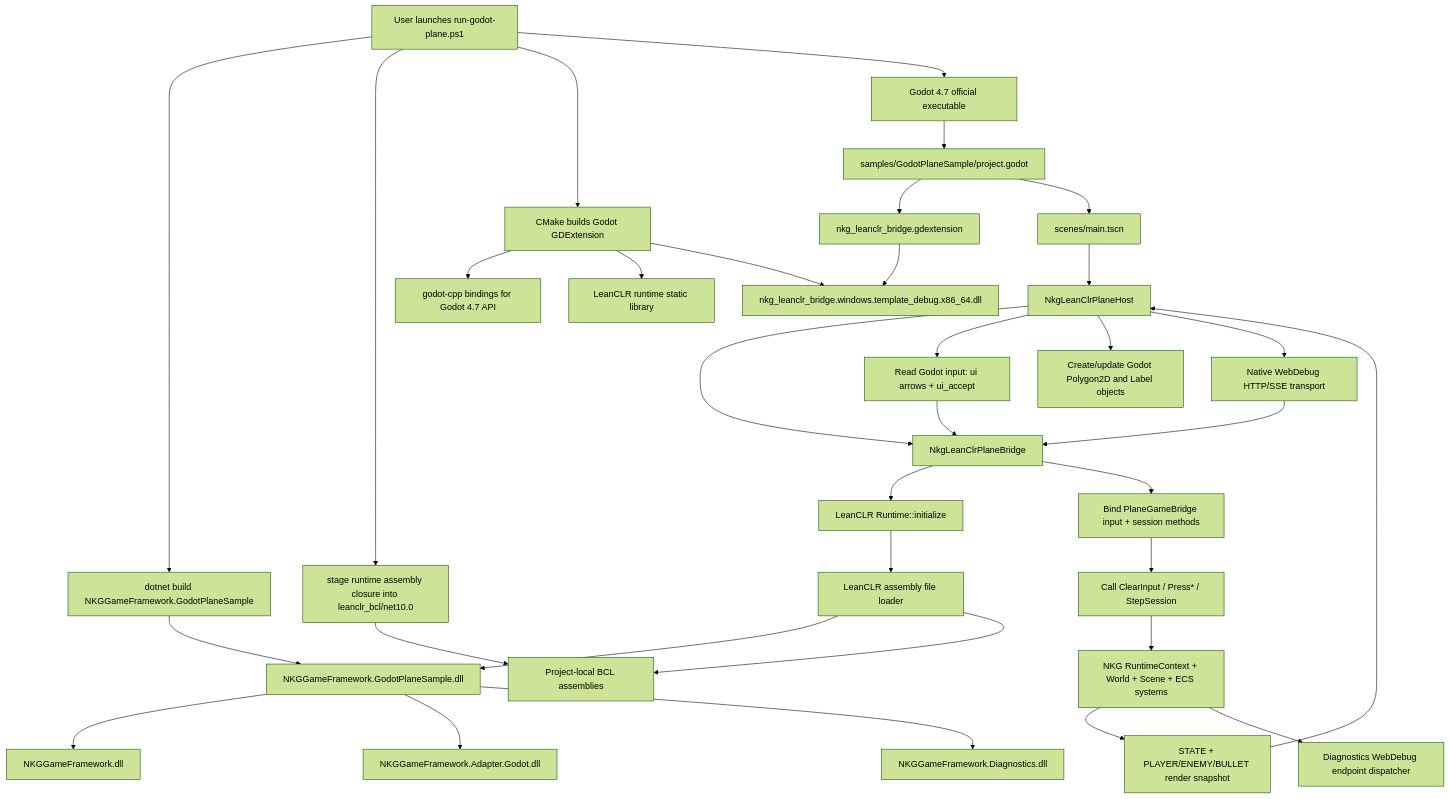
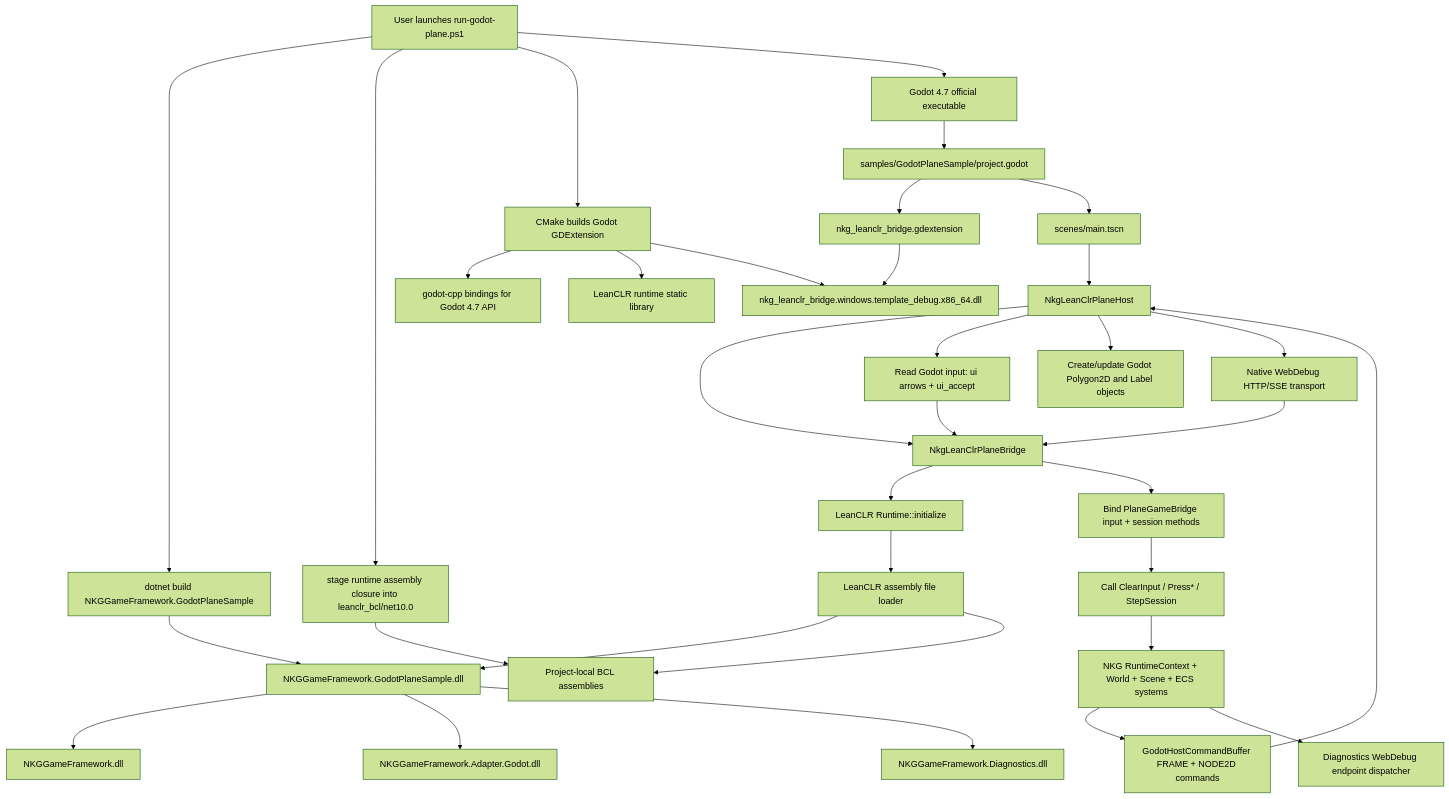
One commit to wqaetly/NKGGameFramework changed the first of 3 diagrams in docs/godot-leanclr-runtime-structure.md. Above: the diagram before and after it, drawn with Mermaid (forest theme). The commit also changed other lines of this file and 7 other files, not shown here.

First line of the commit message:
沉淀 Godot host 命令缓冲

````diff
--- a/docs/godot-leanclr-runtime-structure.md
+++ b/docs/godot-leanclr-runtime-structure.md
@@ -56,39 +56,39 @@
 ```mermaid
 flowchart TD
     User["User launches run-godot-plane.ps1"] --> BuildManaged["dotnet build NKGGameFramework.GodotPlaneSample"]
     User --> StageBcl["stage runtime assembly closure into leanclr_bcl/net10.0"]
     User --> BuildNative["CMake builds Godot GDExtension"]
     BuildNative --> GodotCpp["godot-cpp bindings for Godot 4.7 API"]
     BuildNative --> LeanClrLib["LeanCLR runtime static library"]
     BuildNative --> BridgeDll["nkg_leanclr_bridge.windows.template_debug.x86_64.dll"]
 
     BuildManaged --> ManagedDll["NKGGameFramework.GodotPlaneSample.dll"]
     ManagedDll --> CoreDll["NKGGameFramework.dll"]
     ManagedDll --> GodotContracts["NKGGameFramework.Adapter.Godot.dll"]
     ManagedDll --> DiagnosticsDll["NKGGameFramework.Diagnostics.dll"]
 
     User --> GodotExe["Godot 4.7 official executable"]
     GodotExe --> Project["samples/GodotPlaneSample/project.godot"]
     Project --> GDExtension["nkg_leanclr_bridge.gdextension"]
     GDExtension --> BridgeDll
 
     Project --> MainScene["scenes/main.tscn"]
     MainScene --> Host["NkgLeanClrPlaneHost"]
     Host --> Bridge["NkgLeanClrPlaneBridge"]
     Bridge --> InitRuntime["LeanCLR Runtime::initialize"]
     InitRuntime --> AssemblyLoader["LeanCLR assembly file loader"]
     AssemblyLoader --> ManagedDll
     StageBcl --> BclAssemblies["Project-local BCL assemblies"]
     AssemblyLoader --> BclAssemblies
     Bridge --> BindMethods["Bind PlaneGameBridge input + session methods"]
     Host --> Input["Read Godot input: ui arrows + ui_accept"]
     Input --> Bridge
     BindMethods --> ManagedStep["Call ClearInput / Press* / StepSession"]
     ManagedStep --> NkgRuntime["NKG RuntimeContext + World + Scene + ECS systems"]
-    NkgRuntime --> Snapshot["STATE + PLAYER/ENEMY/BULLET render snapshot"]
+    NkgRuntime --> Snapshot["GodotHostCommandBuffer FRAME + NODE2D commands"]
     NkgRuntime --> DebugSnapshot["Diagnostics WebDebug endpoint dispatcher"]
     Snapshot --> Host
     Host --> GodotObjects["Create/update Godot Polygon2D and Label objects"]
     Host --> NativeDebug["Native WebDebug HTTP/SSE transport"]
     NativeDebug --> Bridge
 ```
````
